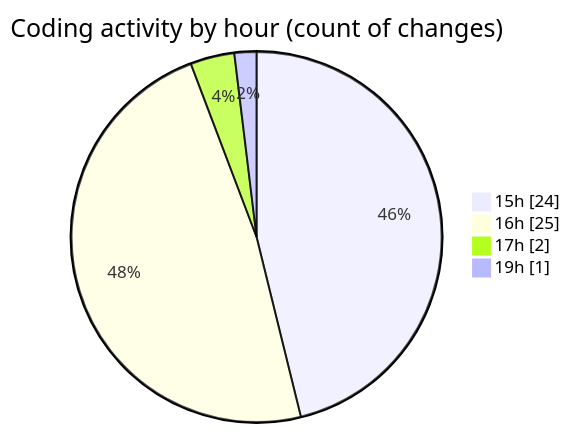
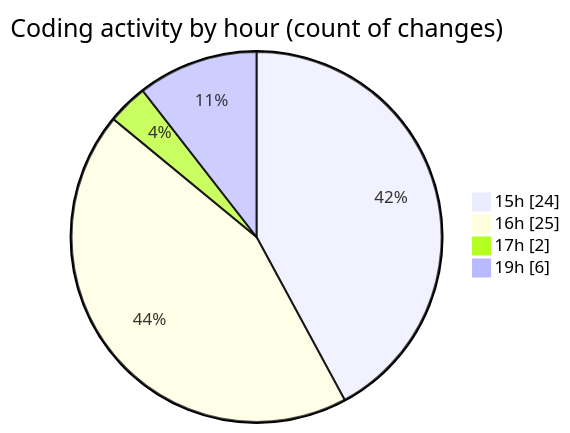
The second of 2 diagrams in 2025-07-31/tw-server/README.md (EIIisD/code-tracking), drawn with Mermaid before and after one commit. The commit also changed other lines of this file and 1 other file, not shown here.

````diff
--- a/2025-07-31/tw-server/README.md
+++ b/2025-07-31/tw-server/README.md
@@ -42,8 +42,8 @@
 ```mermaid
 pie showData
 title Coding activity by hour (count of changes)
 "15h" : 24
 "16h" : 25
 "17h" : 2
-"19h" : 1
+"19h" : 6
 ```
````
